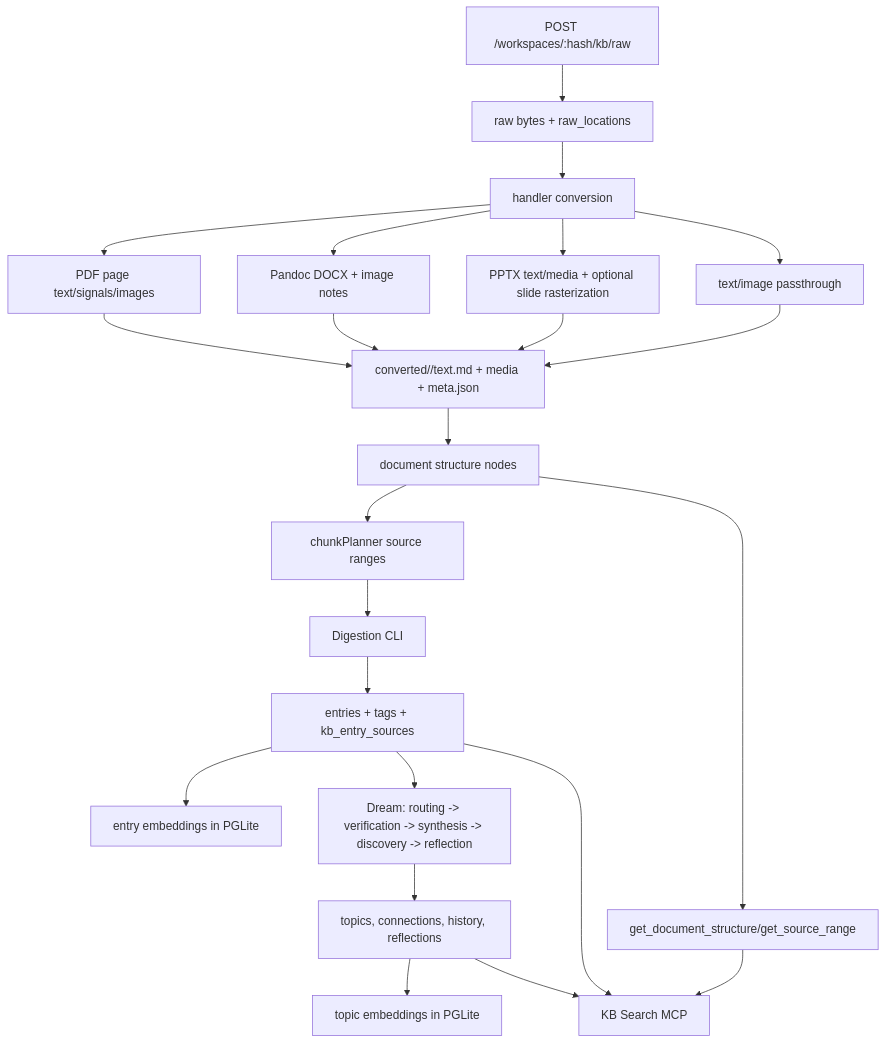
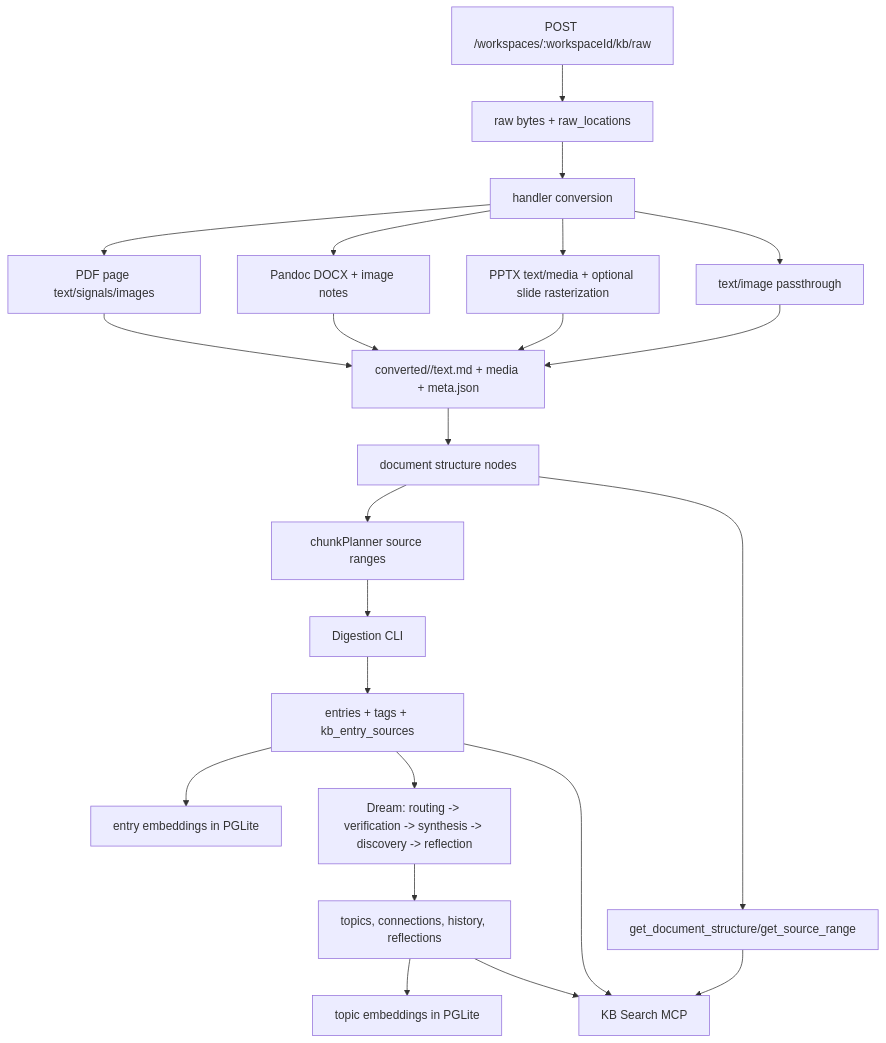
Before and after one commit to daronyondem/agent-cockpit: the sixth of 9 diagrams in docs/spec-coverage.md, drawn with Mermaid. The commit also changed other lines of this file and 49 other files, not shown here.

````diff
--- a/docs/spec-coverage.md
+++ b/docs/spec-coverage.md
@@ -199,25 +199,25 @@
 ```mermaid
 flowchart TD
-  Upload["POST /workspaces/:hash/kb/raw"] --> Stage["raw bytes + raw_locations"]
+  Upload["POST /workspaces/:workspaceId/kb/raw"] --> Stage["raw bytes + raw_locations"]
   Stage --> Convert["handler conversion"]
   Convert --> PDF["PDF page text/signals/images"]
   Convert --> DOCX["Pandoc DOCX + image notes"]
   Convert --> PPTX["PPTX text/media + optional slide rasterization"]
   Convert --> TextImage["text/image passthrough"]
   PDF --> Converted["converted/<rawId>/text.md + media + meta.json"]
   DOCX --> Converted
   PPTX --> Converted
   TextImage --> Converted
   Converted --> Structure["document structure nodes"]
   Structure --> ChunkPlan["chunkPlanner source ranges"]
   ChunkPlan --> Digest["Digestion CLI"]
   Digest --> Entries["entries + tags + kb_entry_sources"]
   Entries --> EntryEmbeddings["entry embeddings in PGLite"]
   Entries --> Dream["Dream: routing -> verification -> synthesis -> discovery -> reflection"]
   Dream --> Topics["topics, connections, history, reflections"]
   Topics --> TopicEmbeddings["topic embeddings in PGLite"]
   Entries --> KBMcp["KB Search MCP"]
   Topics --> KBMcp
   Structure --> SourceRange["get_document_structure/get_source_range"]
   SourceRange --> KBMcp
 ```
````
